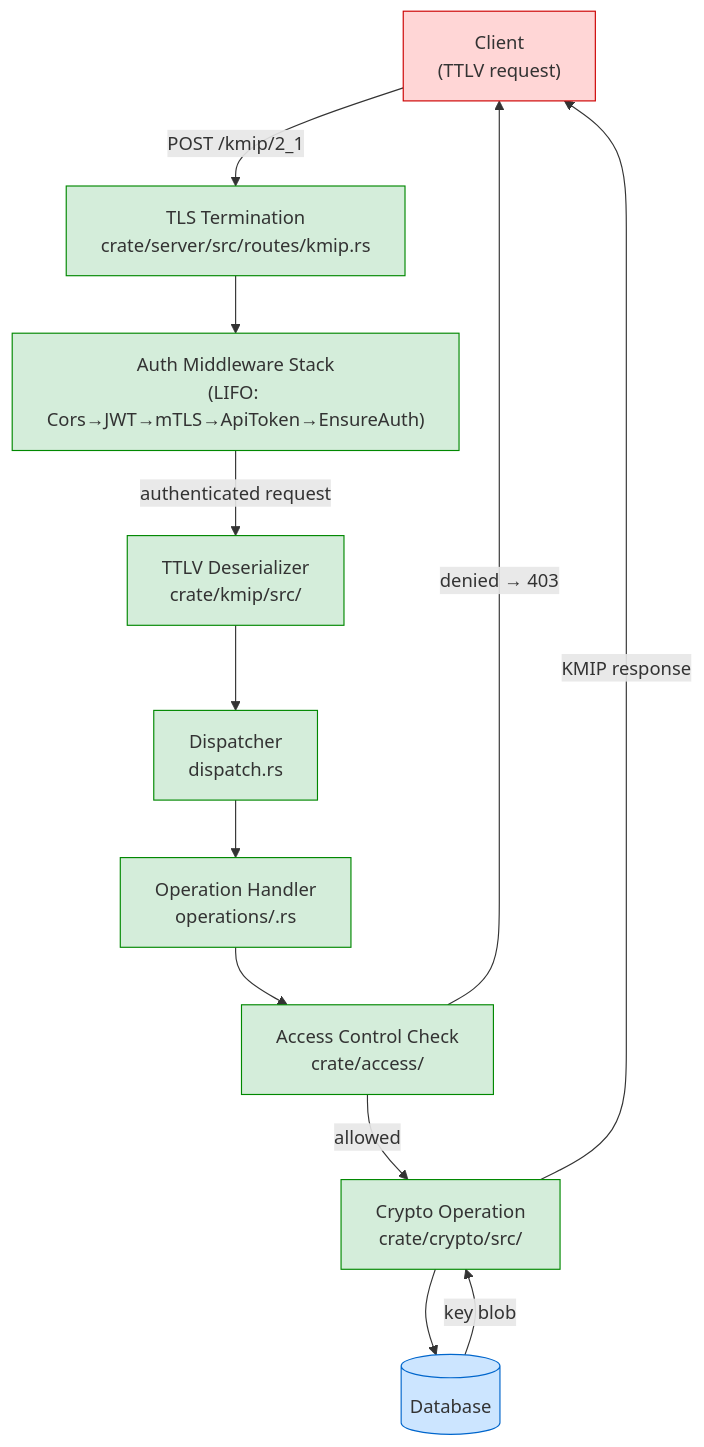
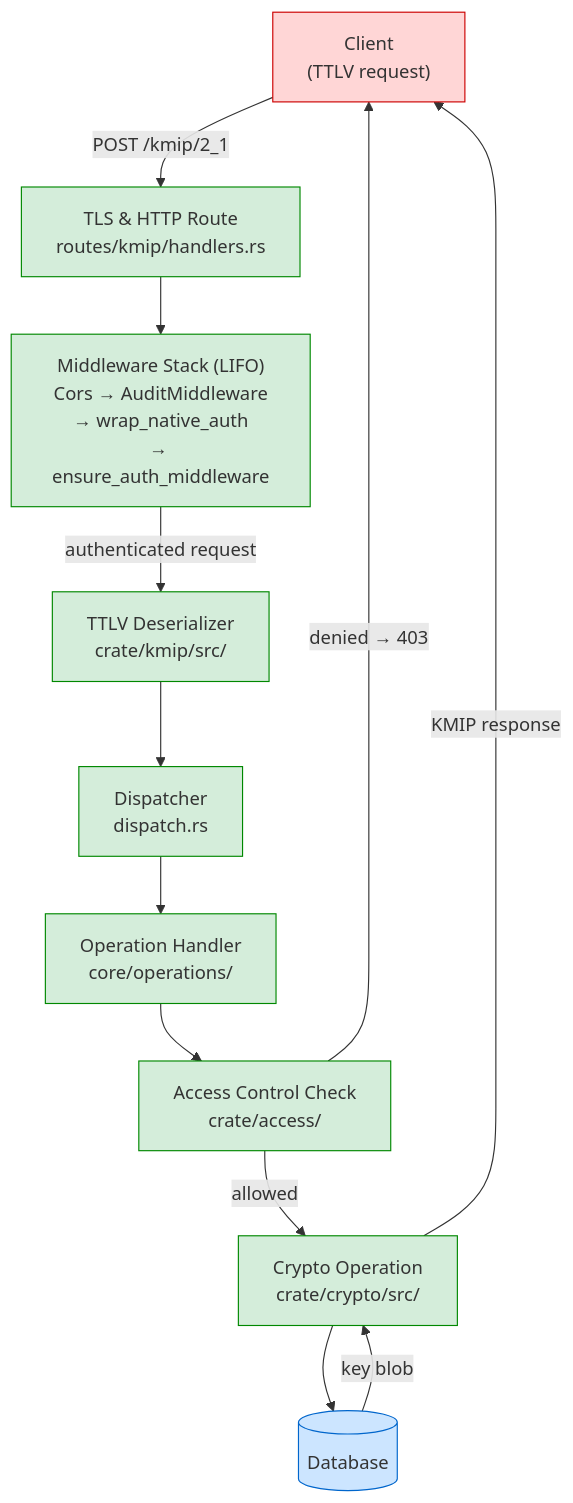
The third of 3 diagrams in .github/skills/threat-model/references/threat-model-diagrams.md (Cosmian/kms), drawn with Mermaid before and after one commit. The commit also changed other lines of this file and 60 other files, not shown here.

````diff
--- a/.github/skills/threat-model/references/threat-model-diagrams.md
+++ b/.github/skills/threat-model/references/threat-model-diagrams.md
@@ -80,28 +80,28 @@
 ```mermaid
 flowchart TD
     classDef untrusted fill:#ffd6d6,stroke:#cc0000
     classDef trusted fill:#d4edda,stroke:#008800
     classDef datastore fill:#cce5ff,stroke:#0066cc
 
-    Client["Client\n(TTLV request)"]:::untrusted
-    TLS["TLS Termination\ncrate/server/src/routes/kmip.rs"]:::trusted
-    AuthMW["Auth Middleware Stack\n(LIFO: Cors→JWT→mTLS→ApiToken→EnsureAuth)"]:::trusted
-    Deser["TTLV Deserializer\ncrate/kmip/src/"]:::trusted
-    Dispatch["Dispatcher\ndispatch.rs"]:::trusted
-    OpHandler["Operation Handler\noperations/<op>.rs"]:::trusted
-    ACL["Access Control Check\ncrate/access/"]:::trusted
-    CryptoOp["Crypto Operation\ncrate/crypto/src/"]:::trusted
+    Client["Client<br/>(TTLV request)"]:::untrusted
+    TLS["TLS & HTTP Route<br/>routes/kmip/handlers.rs"]:::trusted
+    AuthMW["Middleware Stack (LIFO)<br/>Cors → AuditMiddleware<br/>→ wrap_native_auth<br/>→ ensure_auth_middleware"]:::trusted
+    Deser["TTLV Deserializer<br/>crate/kmip/src/"]:::trusted
+    Dispatch["Dispatcher<br/>dispatch.rs"]:::trusted
+    OpHandler["Operation Handler<br/>core/operations/"]:::trusted
+    ACL["Access Control Check<br/>crate/access/"]:::trusted
+    CryptoOp["Crypto Operation<br/>crate/crypto/src/"]:::trusted
     DB[("Database")]:::datastore
 
     Client -->|"POST /kmip/2_1"| TLS
     TLS --> AuthMW
     AuthMW -->|"authenticated request"| Deser
     Deser --> Dispatch
     Dispatch --> OpHandler
     OpHandler --> ACL
     ACL -->|"allowed"| CryptoOp
     ACL -->|"denied → 403"| Client
     CryptoOp --> DB
     DB -->|"key blob"| CryptoOp
     CryptoOp -->|"KMIP response"| Client
 ```
````
